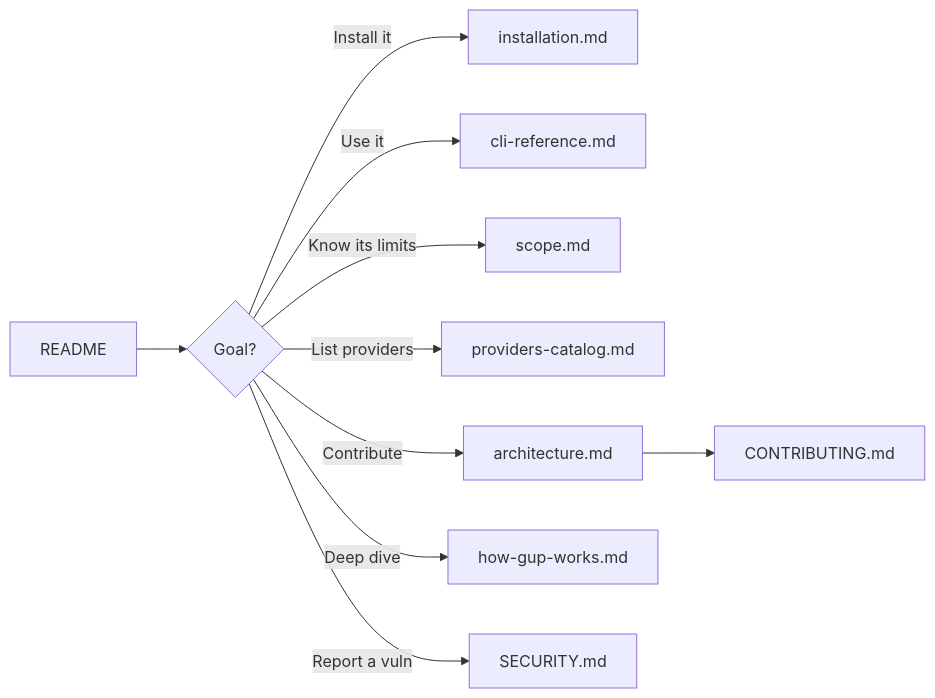
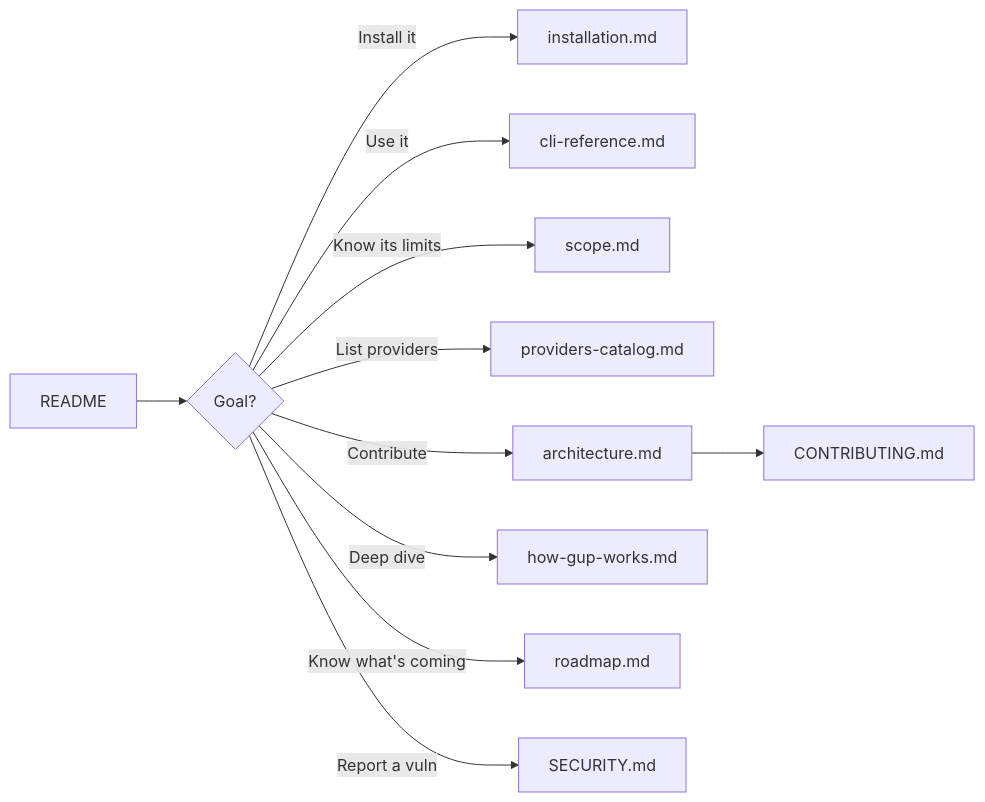
The diagram in docs/README.md (LINDECKER-Charles/gup), drawn with Mermaid before and after one commit. The commit also changed other lines of this file and 2 other files, not shown here.

Commit message:
docs(roadmap): record the changes waiting on an external trigger
Two migrations are decided but blocked on something outside the repo, and
both were only living in a code comment: adding Node 26 to the CI matrix
when it reaches Active LTS on 2026-10-28, and the TypeScript 7 port once
typescript-eslint stops refusing TS 7 at load time.

A comment is enough to note that something is deferred, not enough to act
on later — it does not carry the trigger, the exact edits, or the reason
the obvious-looking version was wrong. Each entry now names all three, so
the decision is read rather than re-derived.

The Node entry spells out what must NOT move with 26: engines.node,
@types/node and the tsup target all track the oldest supported line, not
the newest. Conflating the two is exactly what produced a @types/node PR
proposing types for a runtime that was not even LTS yet.

Linked from both indexes, and added to the reading-order diagram in
docs/README.md so every document there stays represented.

````diff
--- a/docs/README.md
+++ b/docs/README.md
@@ -34,11 +35,12 @@
 ```mermaid
 flowchart LR
     A[README] --> B{Goal?}
     B -->|Install it| I[installation.md]
     B -->|Use it| C[cli-reference.md]
     B -->|Know its limits| S[scope.md]
     B -->|List providers| E[providers-catalog.md]
     B -->|Contribute| D[architecture.md] --> F[CONTRIBUTING.md]
     B -->|Deep dive| G[how-gup-works.md]
+    B -->|Know what's coming| R[roadmap.md]
     B -->|Report a vuln| H[SECURITY.md]
 ```
````
